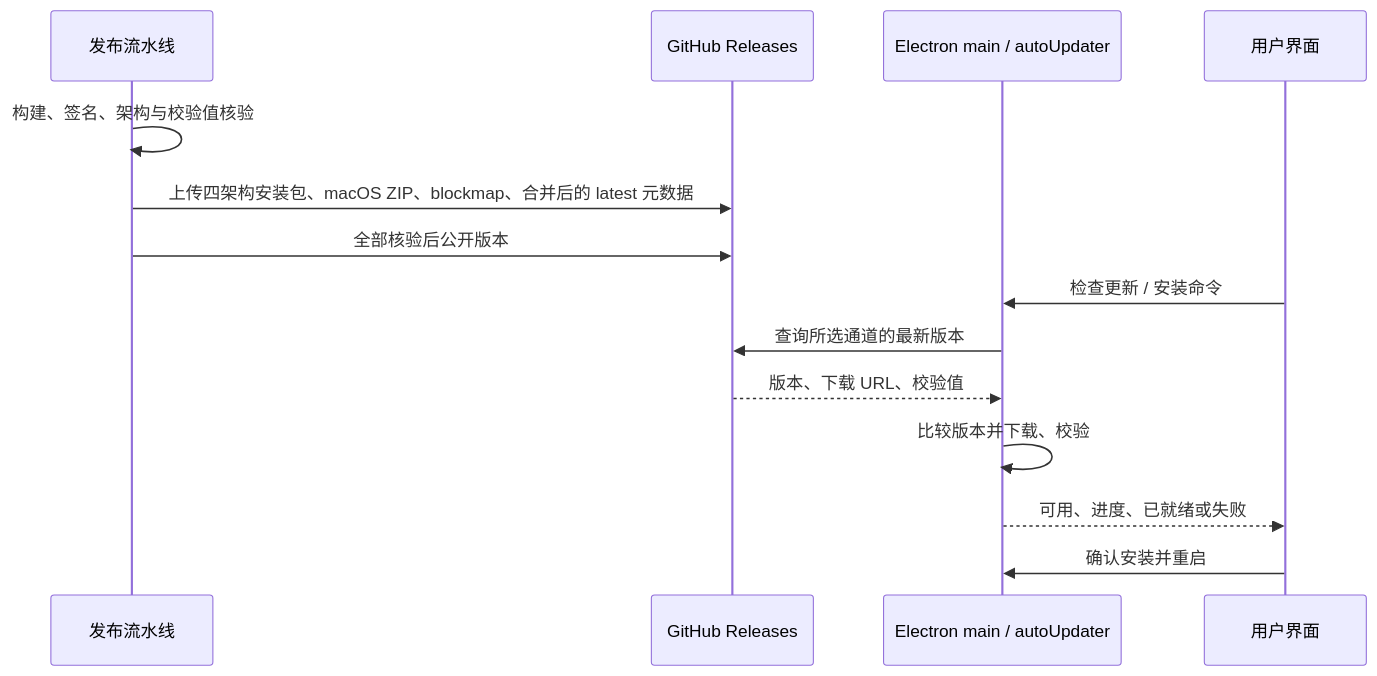
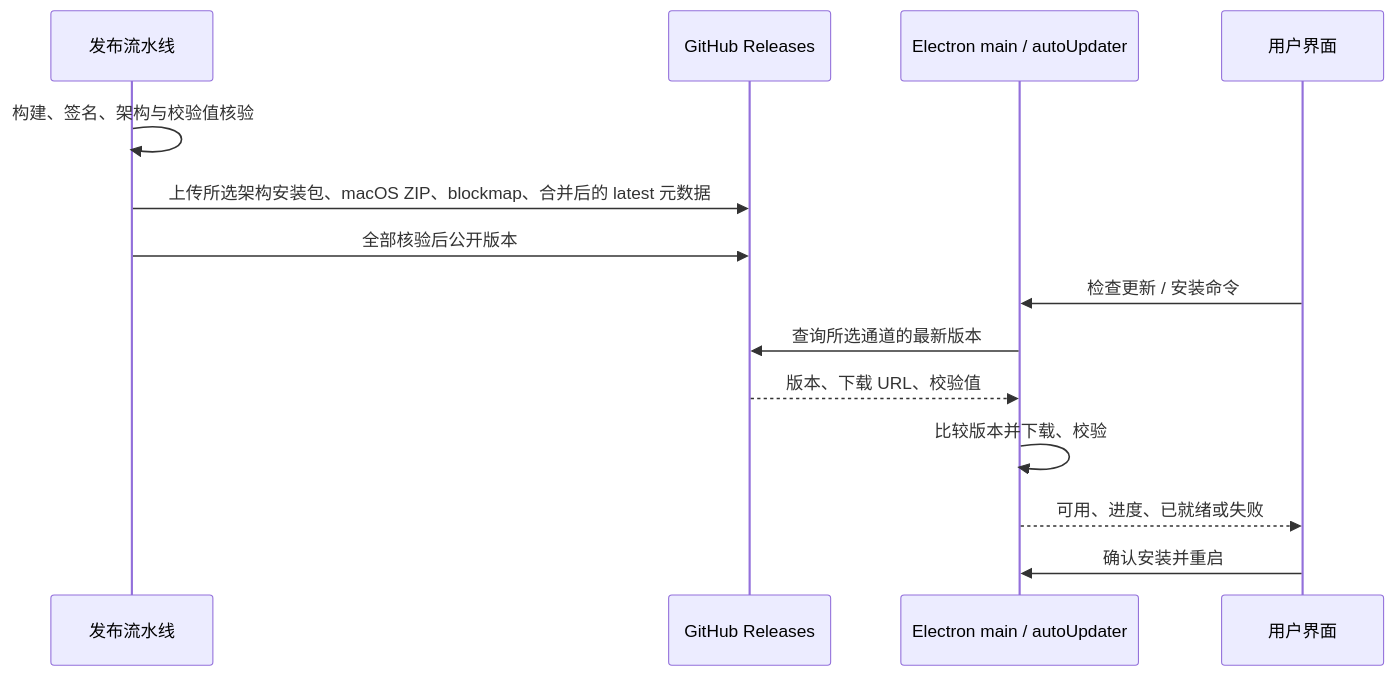
Before and after one commit to javawl/ZCode-Link: the diagram in harness/linkagent/UPDATE-SPEC.zh-CN.md, drawn with Mermaid. The commit also changed other lines of this file and 45 other files, not shown here.

````diff
--- a/harness/linkagent/UPDATE-SPEC.zh-CN.md
+++ b/harness/linkagent/UPDATE-SPEC.zh-CN.md
@@ -15,16 +15,16 @@
 ```mermaid
 sequenceDiagram
     participant P as 发布流水线
     participant G as GitHub Releases
     participant M as Electron main / autoUpdater
     participant U as 用户界面
     P->>P: 构建、签名、架构与校验值核验
-    P->>G: 上传四架构安装包、macOS ZIP、blockmap、合并后的 latest 元数据
+    P->>G: 上传所选架构安装包、macOS ZIP、blockmap、合并后的 latest 元数据
     P->>G: 全部核验后公开版本
     U->>M: 检查更新 / 安装命令
     M->>G: 查询所选通道的最新版本
     G-->>M: 版本、下载 URL、校验值
     M->>M: 比较版本并下载、校验
     M-->>U: 可用、进度、已就绪或失败
     U->>M: 确认安装并重启
 ```
````
